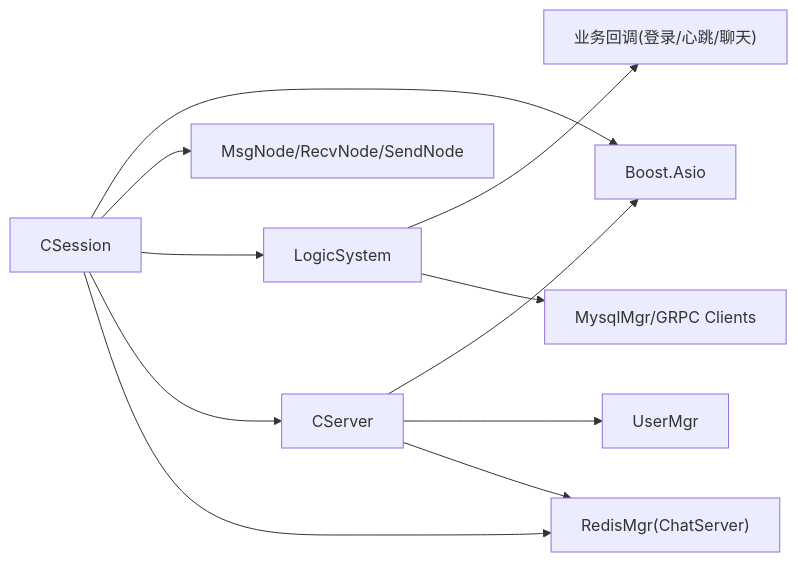
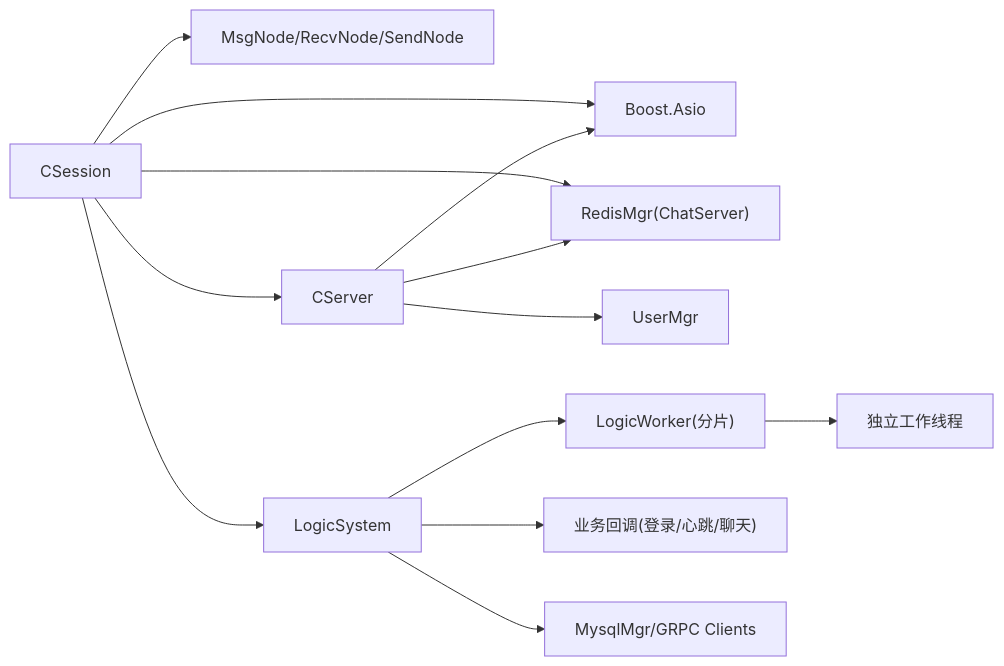
One commit to echo9923/mychatter changed the eighth of 8 diagrams in .qoder/repowiki/zh/content/服务端开发/ChatServer聊天核心服务/会话管理/会话生命周期管理.md. Above: the diagram before and after it, drawn with Mermaid. The commit also changed other lines of this file and 54 other files, not shown here.

````diff
--- a/.qoder/repowiki/zh/content/服务端开发/ChatServer聊天核心服务/会话管理/会话生命周期管理.md
+++ b/.qoder/repowiki/zh/content/服务端开发/ChatServer聊天核心服务/会话管理/会话生命周期管理.md
@@ -367,13 +435,15 @@
 ```mermaid
 graph LR
 CSession --> Asio["Boost.Asio"]
 CSession --> MsgNode["MsgNode/RecvNode/SendNode"]
 CSession --> Logic["LogicSystem"]
 CSession --> CServer["CServer"]
 CSession --> Redis["RedisMgr(ChatServer)"]
 CServer --> Asio
 CServer --> UserMgr["UserMgr"]
 CServer --> Redis
+Logic --> LogicWorker["LogicWorker(分片)"]
 Logic --> Callbacks["业务回调(登录/心跳/聊天)"]
 Logic --> DB["MysqlMgr/GRPC Clients"]
+LogicWorker --> Thread["独立工作线程"]
 ```
````
